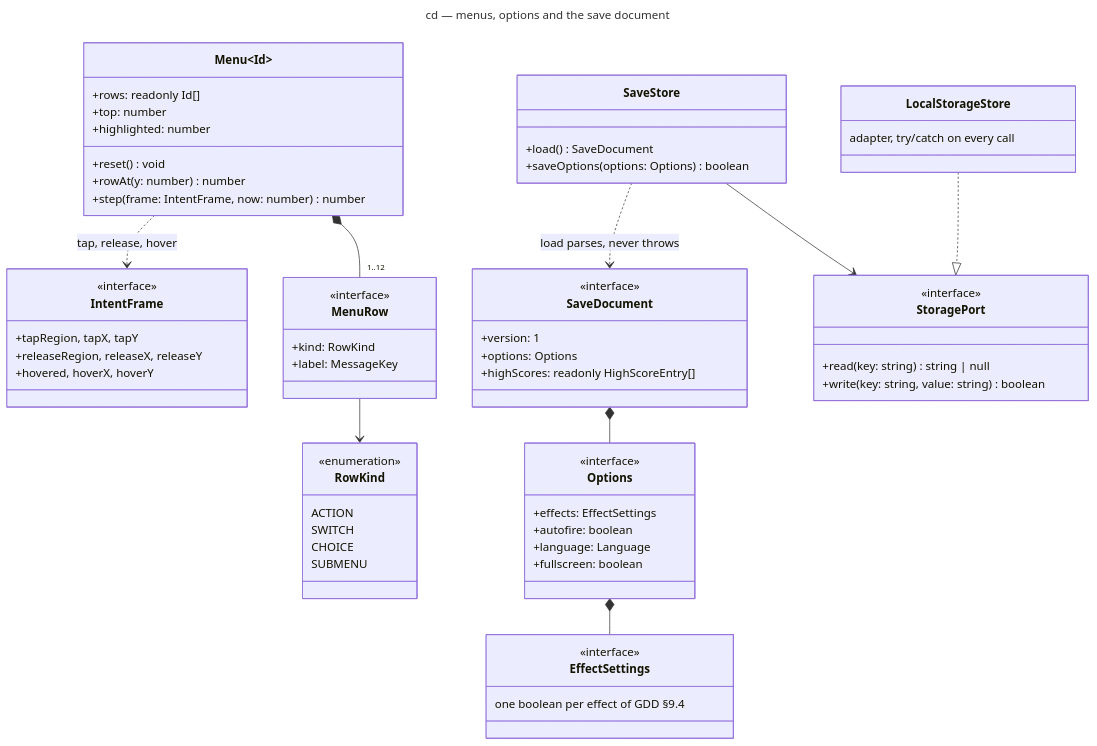
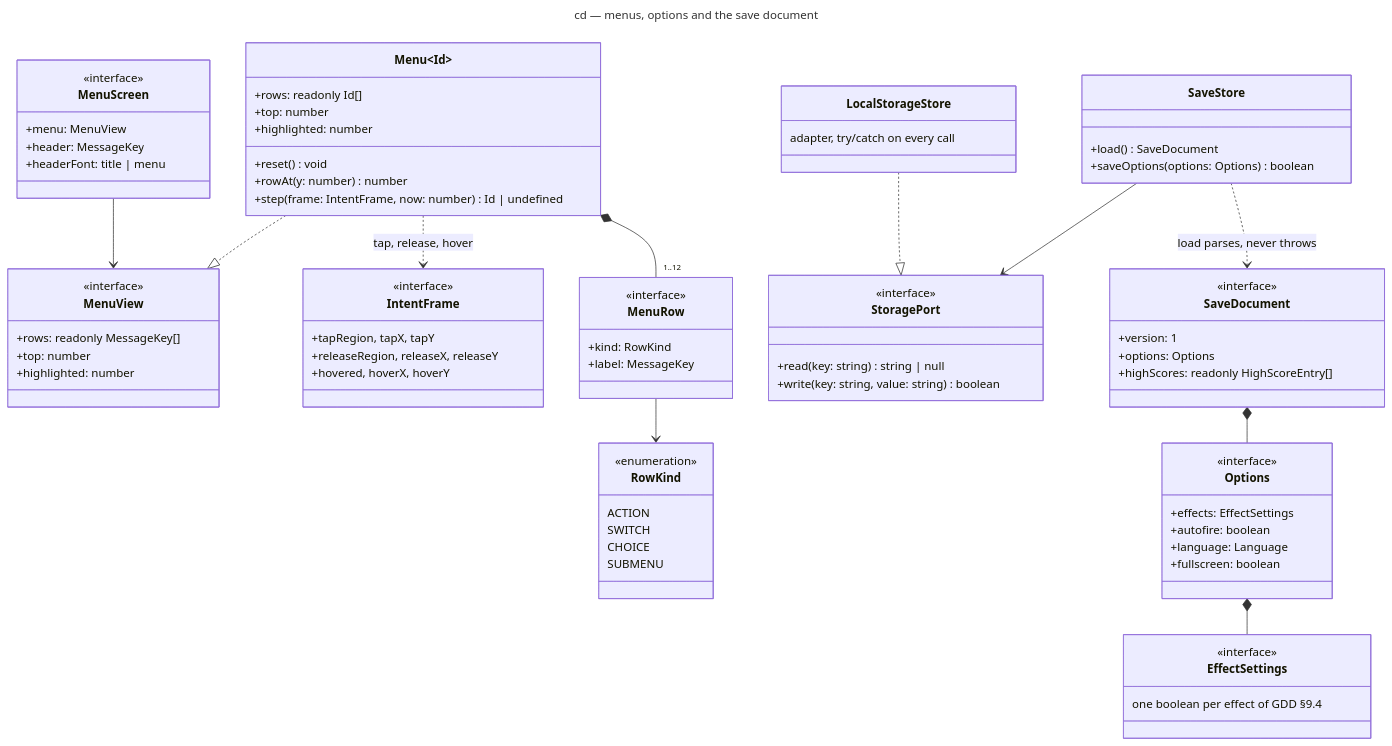
One commit to benoit-bremaud/retro-shmup changed the diagram in docs/architecture/diagrams/meta/04-class-menus.md. Above: the diagram before and after it, drawn with Mermaid. The commit also changed other lines of this file and 17 other files, not shown here.

```diff
--- a/docs/architecture/diagrams/meta/04-class-menus.md
+++ b/docs/architecture/diagrams/meta/04-class-menus.md
@@ -27,7 +27,19 @@
     +highlighted: number
     +reset() void
     +rowAt(y: number) number
-    +step(frame: IntentFrame, now: number) number
+    +step(frame: IntentFrame, now: number) Id | undefined
+  }
+  class MenuView {
+    <<interface>>
+    +rows: readonly MessageKey[]
+    +top: number
+    +highlighted: number
+  }
+  class MenuScreen {
+    <<interface>>
+    +menu: MenuView
+    +header: MessageKey
+    +headerFont: title | menu
   }
   class IntentFrame {
     <<interface>>
@@ -80,6 +92,8 @@
   Menu *-- "1..12" MenuRow
   MenuRow --> RowKind
   Menu ..> IntentFrame : tap, release, hover
+  Menu ..|> MenuView
+  MenuScreen --> MenuView
   Options *-- EffectSettings
   SaveDocument *-- Options
   SaveStore ..> SaveDocument : load parses, never throws
```
